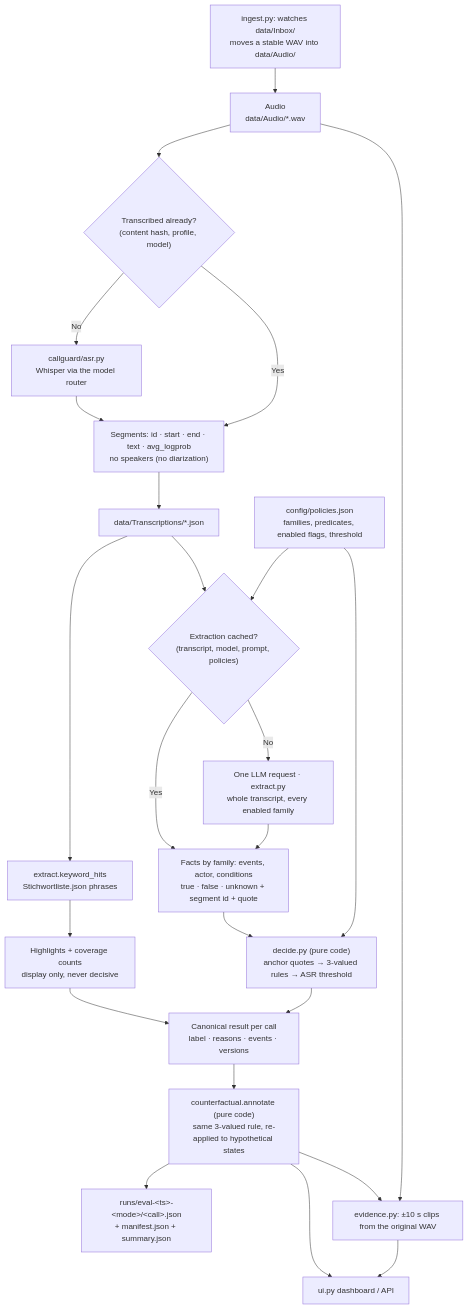
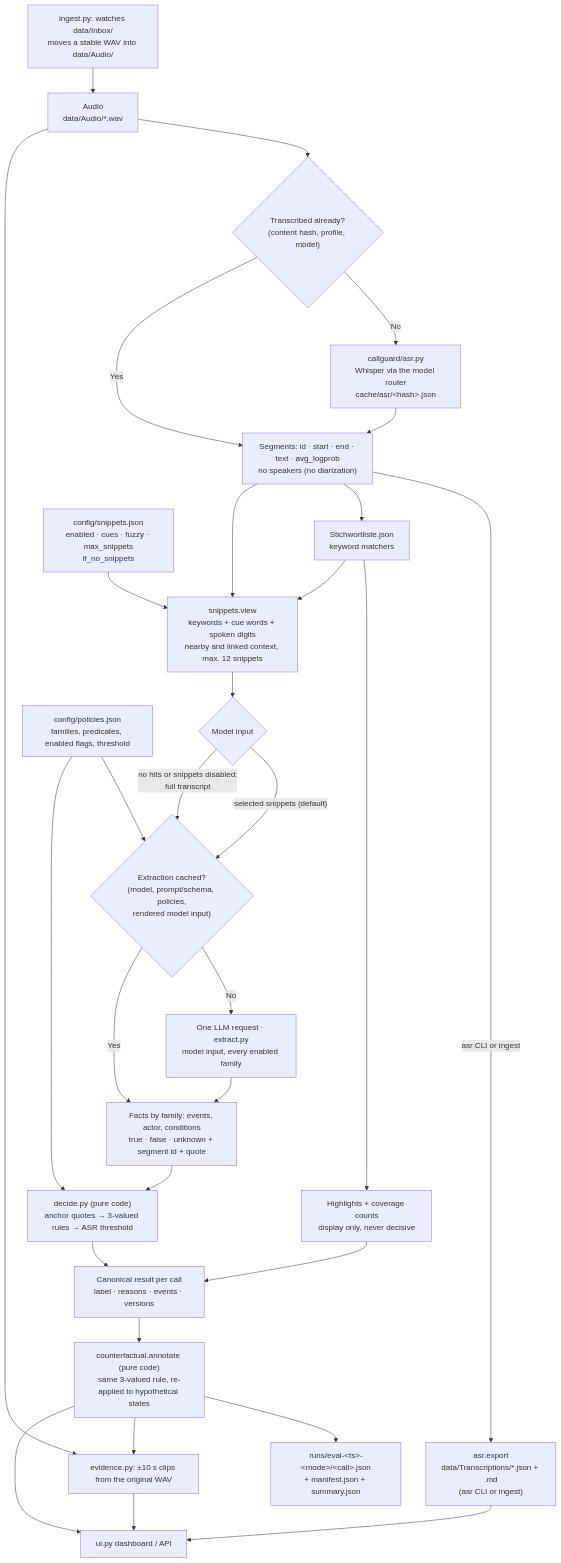
The first of 5 diagrams in PIPELINE_FLOW.md (ep520/Solvent), drawn with Mermaid before and after one commit. The commit also changed other lines of this file and 2 other files, not shown here.

````diff
--- a/PIPELINE_FLOW.md
+++ b/PIPELINE_FLOW.md
@@ -8,35 +8,44 @@
 ```mermaid
 flowchart TD
     INBOX["ingest.py: watches data/Inbox/<br/>moves a stable WAV into data/Audio/"]
     WAV["Audio<br/>data/Audio/*.wav"]
     ASR_CACHE{"Transcribed already?<br/>(content hash, profile, model)"}
     INBOX --> WAV
-    ASR["callguard/asr.py<br/>Whisper via the model router"]
+    ASR["callguard/asr.py<br/>Whisper via the model router<br/>cache/asr/&lt;hash&gt;.json"]
     TRANSCRIPT["Segments: id · start · end · text · avg_logprob<br/>no speakers (no diarization)"]
+    EXPORT["asr.export<br/>data/Transcriptions/*.json + .md<br/>(asr CLI or ingest)"]
 
     WAV --> ASR_CACHE
     ASR_CACHE -- No --> ASR --> TRANSCRIPT
     ASR_CACHE -- Yes --> TRANSCRIPT
-    TRANSCRIPT --> TRANSCRIPT_CACHE["data/Transcriptions/*.json"]
+    TRANSCRIPT -- "asr CLI or ingest" --> EXPORT
 
-    TRANSCRIPT_CACHE --> KEYWORDS["extract.keyword_hits<br/>Stichwortliste.json phrases"]
+    TRANSCRIPT --> KEYWORDS["Stichwortliste.json<br/>keyword matchers"]
     KEYWORDS --> HIGHLIGHTS["Highlights + coverage counts<br/>display only, never decisive"]
 
-    TRANSCRIPT_CACHE --> EXTRACT_CACHE{"Extraction cached?<br/>(transcript, model, prompt, policies)"}
+    TRANSCRIPT --> SNIPPETS["snippets.view<br/>keywords + cue words + spoken digits<br/>nearby and linked context, max. 12 snippets"]
+    KEYWORDS --> SNIPPETS
+    SNIPPET_CONFIG["config/snippets.json<br/>enabled · cues · fuzzy · max_snippets<br/>if_no_snippets"] --> SNIPPETS
+    SNIPPETS --> MODEL_INPUT{"Model input"}
+    MODEL_INPUT -- "selected snippets (default)" --> EXTRACT_CACHE
+    MODEL_INPUT -- "no hits or snippets disabled:<br/>full transcript" --> EXTRACT_CACHE
+
+    EXTRACT_CACHE{"Extraction cached?<br/>(model, prompt/schema, policies,<br/>rendered model input)"}
     POLICIES["config/policies.json<br/>families, predicates, enabled flags, threshold"] --> EXTRACT_CACHE
-    EXTRACT_CACHE -- No --> LLM["One LLM request · extract.py<br/>whole transcript, every enabled family"]
+    EXTRACT_CACHE -- No --> LLM["One LLM request · extract.py<br/>model input, every enabled family"]
     EXTRACT_CACHE -- Yes --> FACTS
     LLM --> FACTS["Facts by family: events, actor, conditions<br/>true · false · unknown + segment id + quote"]
 
     FACTS --> DECIDE["decide.py (pure code)<br/>anchor quotes → 3-valued rules → ASR threshold"]
     POLICIES --> DECIDE
     HIGHLIGHTS --> RESULT
     DECIDE --> RESULT["Canonical result per call<br/>label · reasons · events · versions"]
     RESULT --> XAI["counterfactual.annotate (pure code)<br/>same 3-valued rule, re-applied to hypothetical states"]
 
     XAI --> FILES["runs/eval-&lt;ts&gt;-&lt;mode&gt;/&lt;call&gt;.json<br/>+ manifest.json + summary.json"]
     XAI --> CLIPS["evidence.py: ±10 s clips from the original WAV"]
     WAV --> CLIPS
     XAI --> DASHBOARD["ui.py dashboard / API"]
+    EXPORT --> DASHBOARD
     CLIPS --> DASHBOARD
 ```
````
